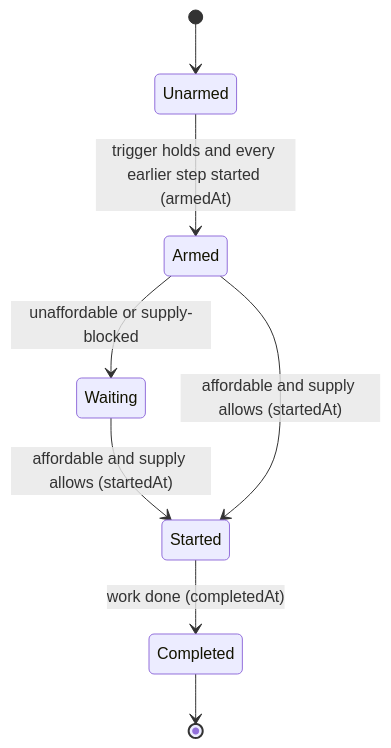
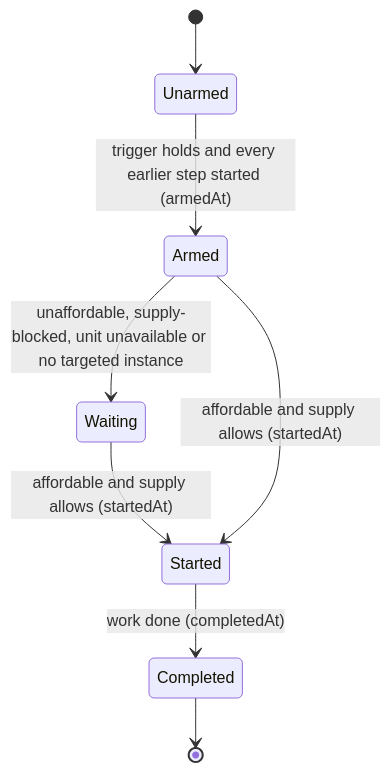
The second of 2 diagrams in docs/aoe4-build-order.md (NicholasKChoi/WOTR_Combat_Simulator), drawn with Mermaid before and after one commit. The commit also changed other lines of this file and 4 other files, not shown here.

````diff
--- a/docs/aoe4-build-order.md
+++ b/docs/aoe4-build-order.md
@@ -461,10 +480,10 @@
 ```mermaid
 stateDiagram-v2
   [*] --> Unarmed
   Unarmed --> Armed: trigger holds and every earlier step started (armedAt)
-  Armed --> Waiting: unaffordable or supply-blocked
+  Armed --> Waiting: unaffordable, supply-blocked, unit unavailable or no targeted instance
   Waiting --> Started: affordable and supply allows (startedAt)
   Armed --> Started: affordable and supply allows (startedAt)
   Started --> Completed: work done (completedAt)
   Completed --> [*]
 ```
````
